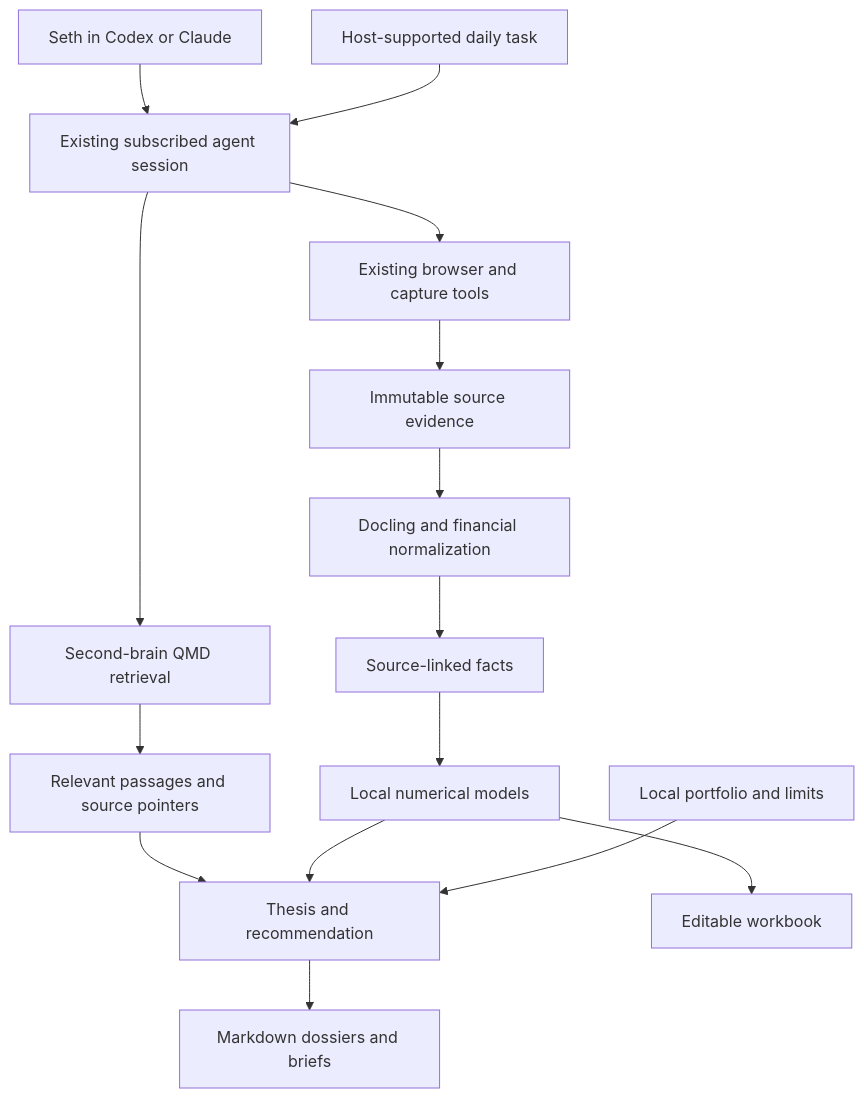
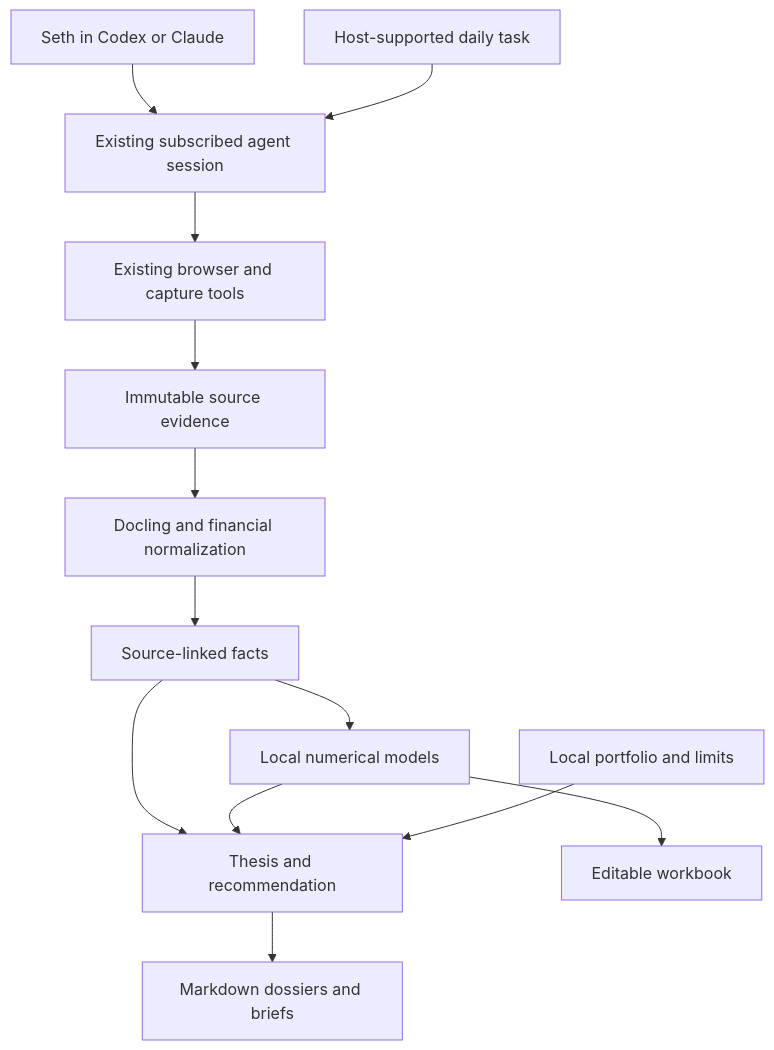
One commit to Sethzy/investing-research changed the first of 2 diagrams in docs/superpowers/specs/2026-09-20-investing-research-design.md. Above: the diagram before and after it, drawn with Mermaid. The commit also changed other lines of this file and 3 other files, not shown here.

````diff
--- a/docs/superpowers/specs/2026-09-20-investing-research-design.md
+++ b/docs/superpowers/specs/2026-09-20-investing-research-design.md
@@ -84,17 +86,15 @@
 ```mermaid
 flowchart TD
     User[Seth in Codex or Claude] --> Agent[Existing subscribed agent session]
     Schedule[Host-supported daily task] --> Agent
     Agent --> Collect[Existing browser and capture tools]
-    Agent --> Retrieve[Second-brain QMD retrieval]
     Collect --> Evidence[Immutable source evidence]
-    Retrieve --> Context[Relevant passages and source pointers]
     Evidence --> Extract[Docling and financial normalization]
     Extract --> Facts[Source-linked facts]
     Facts --> Model[Local numerical models]
-    Context --> Synthesis[Thesis and recommendation]
+    Facts --> Synthesis[Thesis and recommendation]
     Model --> Synthesis
     Portfolio[Local portfolio and limits] --> Synthesis
     Synthesis --> Reports[Markdown dossiers and briefs]
     Model --> Workbook[Editable workbook]
 ```
````
